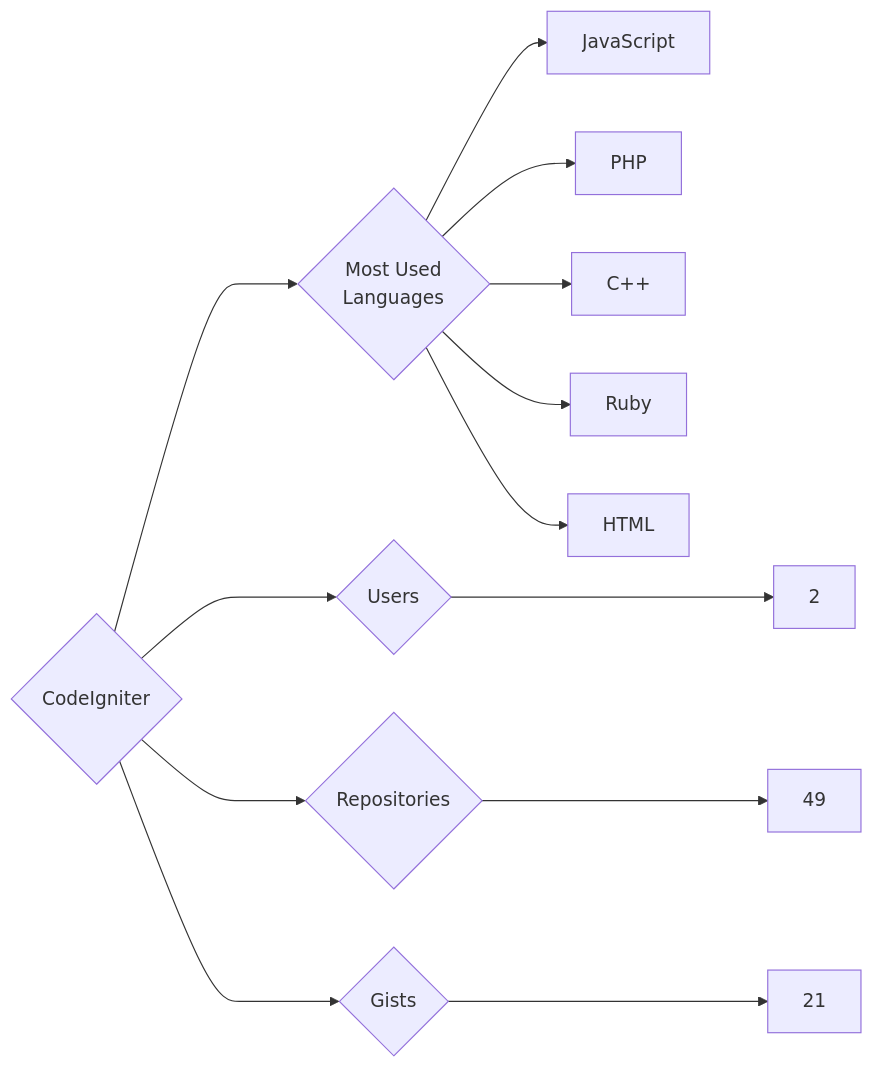
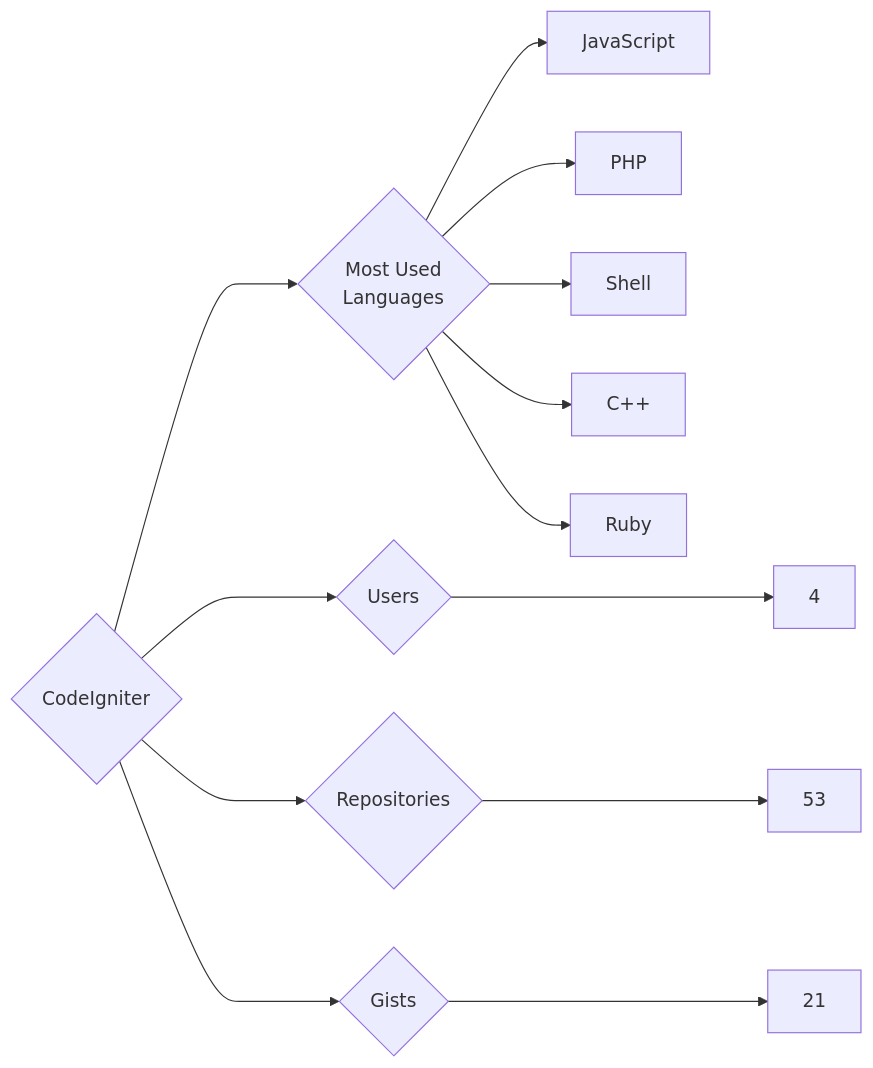
The diagram in targets/CodeIgniter/README.md (trickest/insiders), drawn with Mermaid before and after one commit. The commit also changed 721 other files, not shown here.

````diff
--- a/targets/CodeIgniter/README.md
+++ b/targets/CodeIgniter/README.md
@@ -3,13 +3,13 @@
 ```mermaid
 graph LR
 COMPANY_NAME{CodeIgniter}
-COMPANY_NAME ---> U{Users} ---> UN[2]
-COMPANY_NAME ---> R{Repositories} ---> RN[49]
+COMPANY_NAME ---> U{Users} ---> UN[4]
+COMPANY_NAME ---> R{Repositories} ---> RN[53]
 COMPANY_NAME ---> G{Gists} ---> GN[21]
 COMPANY_NAME ---> ML{Most Used<br>Languages}
 ML --> JavaScript[JavaScript]
 ML --> PHP[PHP]
+ML --> Shell[Shell]
 ML --> C++[C++]
 ML --> Ruby[Ruby]
-ML --> HTML[HTML]
 ```
````
